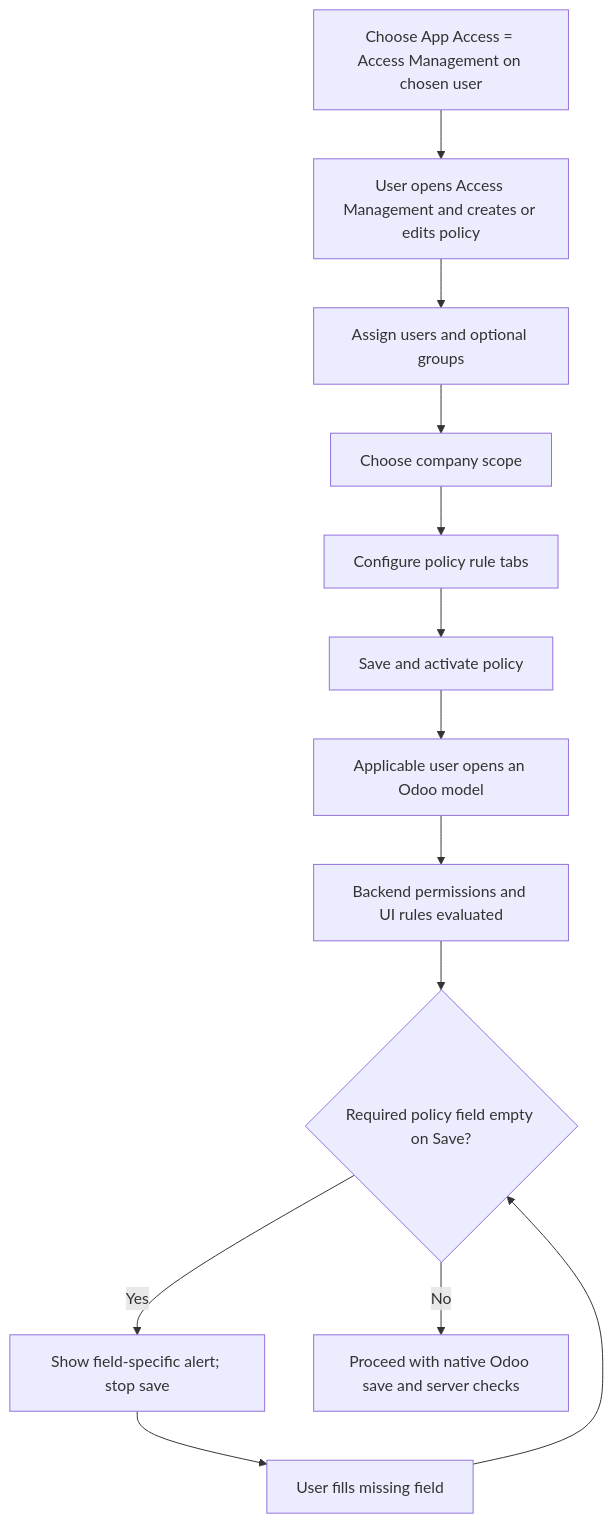
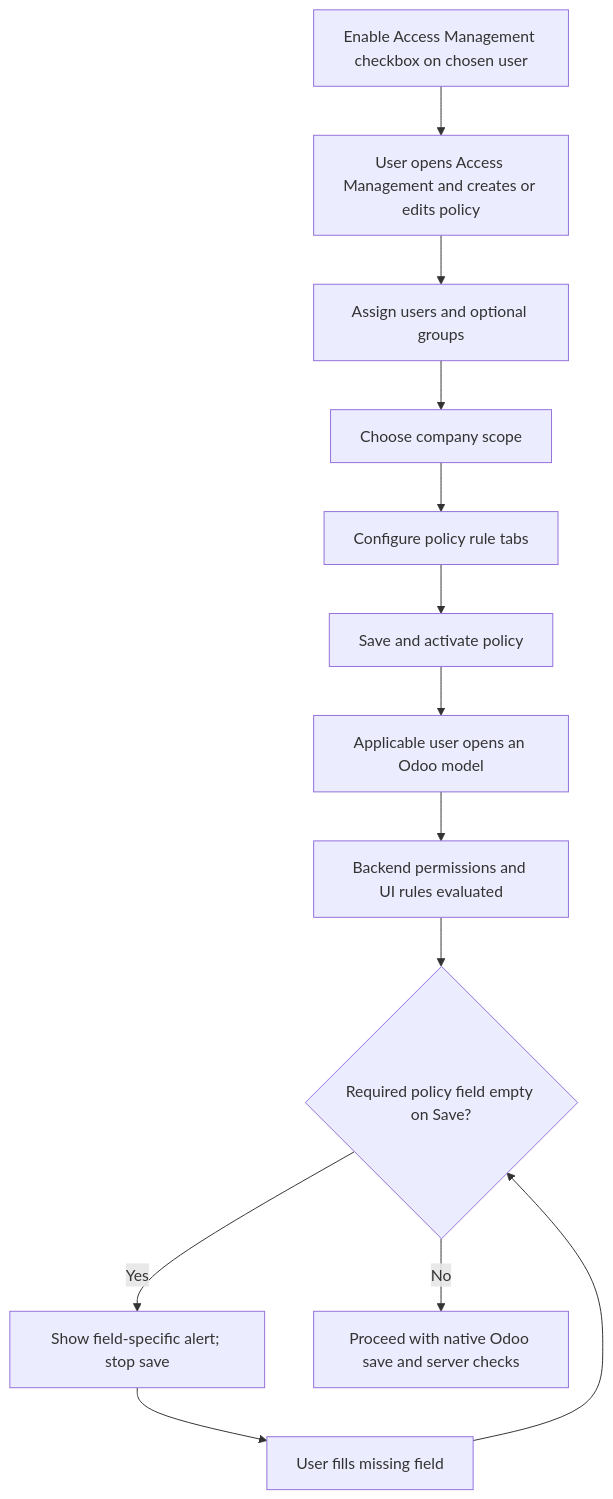
The diagram in permission_manager_basic/README.md (dev-lamia/custom19s), drawn with Mermaid before and after one commit. The commit also changed other lines of this file and 2 other files, not shown here.

````diff
--- a/permission_manager_basic/README.md
+++ b/permission_manager_basic/README.md
@@ -106,15 +104,15 @@
 ```mermaid
 flowchart TD
-    A[Choose App Access = Access Management on chosen user] --> B[User opens Access Management and creates or edits policy]
+    A[Enable Access Management checkbox on chosen user] --> B[User opens Access Management and creates or edits policy]
     B --> C[Assign users and optional groups]
     C --> D[Choose company scope]
     D --> E[Configure policy rule tabs]
     E --> F[Save and activate policy]
     F --> G[Applicable user opens an Odoo model]
     G --> H[Backend permissions and UI rules evaluated]
     H --> I{Required policy field empty on Save?}
     I -->|Yes| J[Show field-specific alert; stop save]
     I -->|No| K[Proceed with native Odoo save and server checks]
     J --> L[User fills missing field]
     L --> I
 ```
````
